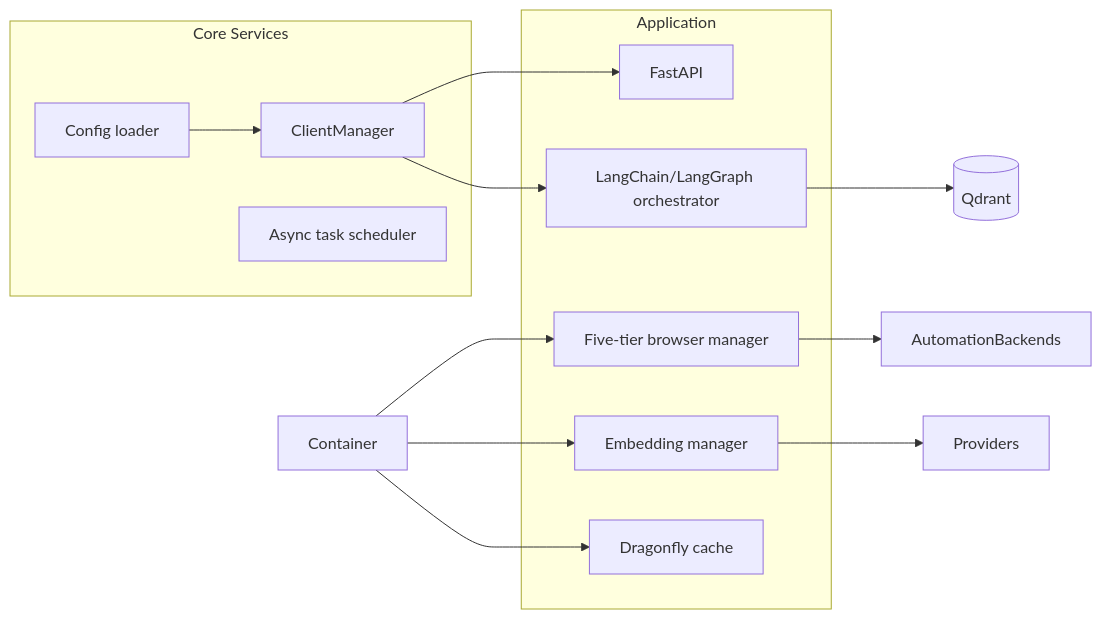
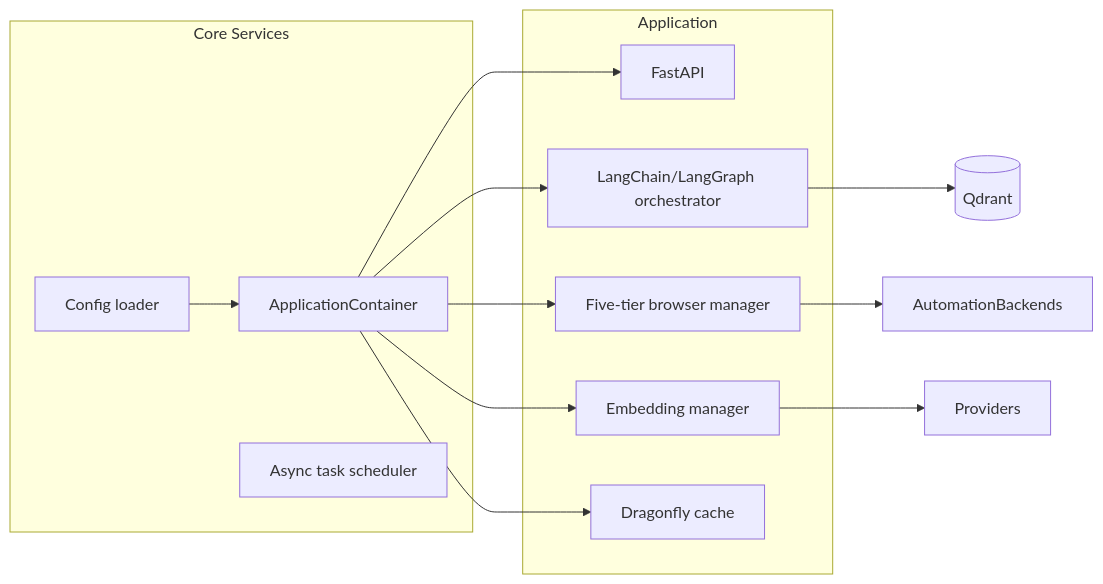
The second of 2 diagrams in docs/developers/architecture-and-orchestration.md (BjornMelin/ai-docs-vector-db-hybrid-scraper), drawn with Mermaid before and after one commit.

Commit message:
refactor(architecture): replace ClientManager with ApplicationContainer in service diagram

````diff
--- a/docs/developers/architecture-and-orchestration.md
+++ b/docs/developers/architecture-and-orchestration.md
@@ -43,24 +43,24 @@
 ```mermaid
 graph LR
     subgraph Core Services
         Config[Config loader]
-        ClientMgr[ClientManager]
+        Container[ApplicationContainer]
         Scheduler[Async task scheduler]
     end
     subgraph Application
         API[FastAPI]
         HybridSearch[LangChain/LangGraph orchestrator]
         BrowserMgr[Five-tier browser manager]
         EmbeddingMgr[Embedding manager]
         CacheMgr[Dragonfly cache]
     end
-    Config --> ClientMgr
-    ClientMgr --> API
-    ClientMgr --> HybridSearch
+    Config --> Container
+    Container --> API
+    Container --> HybridSearch
     Container --> BrowserMgr
     Container --> EmbeddingMgr
     Container --> CacheMgr
     HybridSearch --> Qdrant[(Qdrant)]
     BrowserMgr --> AutomationBackends
     EmbeddingMgr --> Providers
 ```
````
